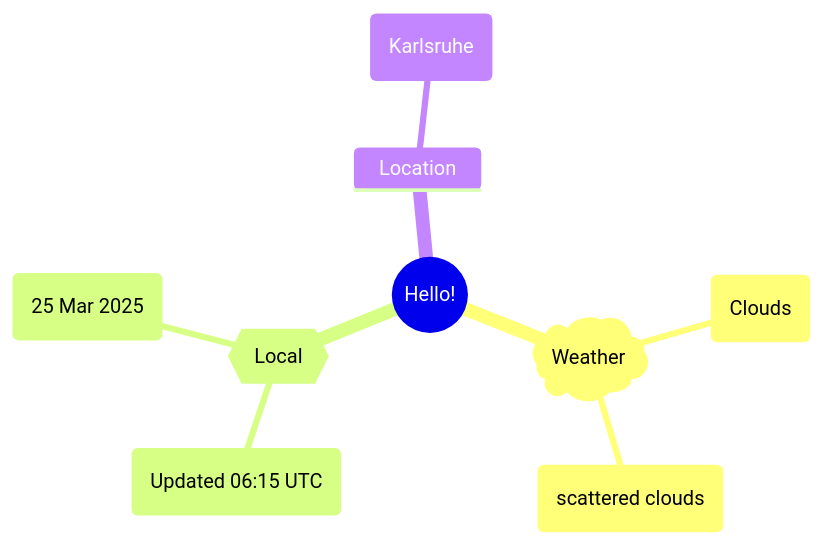
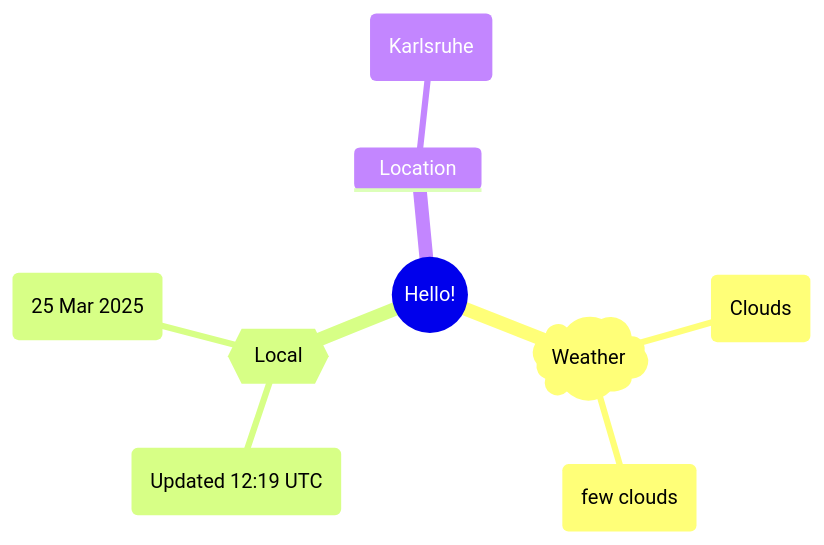
Before and after one commit to Xosrov/Xosrov: the first of 2 diagrams in README.md, drawn with Mermaid.

Commit message:
[bot] updated images

````diff
--- a/README.md
+++ b/README.md
@@ -3,12 +3,12 @@
 ```mermaid
 mindmap
   root((Hello!))
     )Weather(
         (Clouds)
-        (scattered clouds)
+        (few clouds)
     {{Local}}
-        (Updated 06:15 UTC)
+        (Updated 12:19 UTC)
         (25 Mar 2025)
     Location
         (Karlsruhe)
 ```
````
